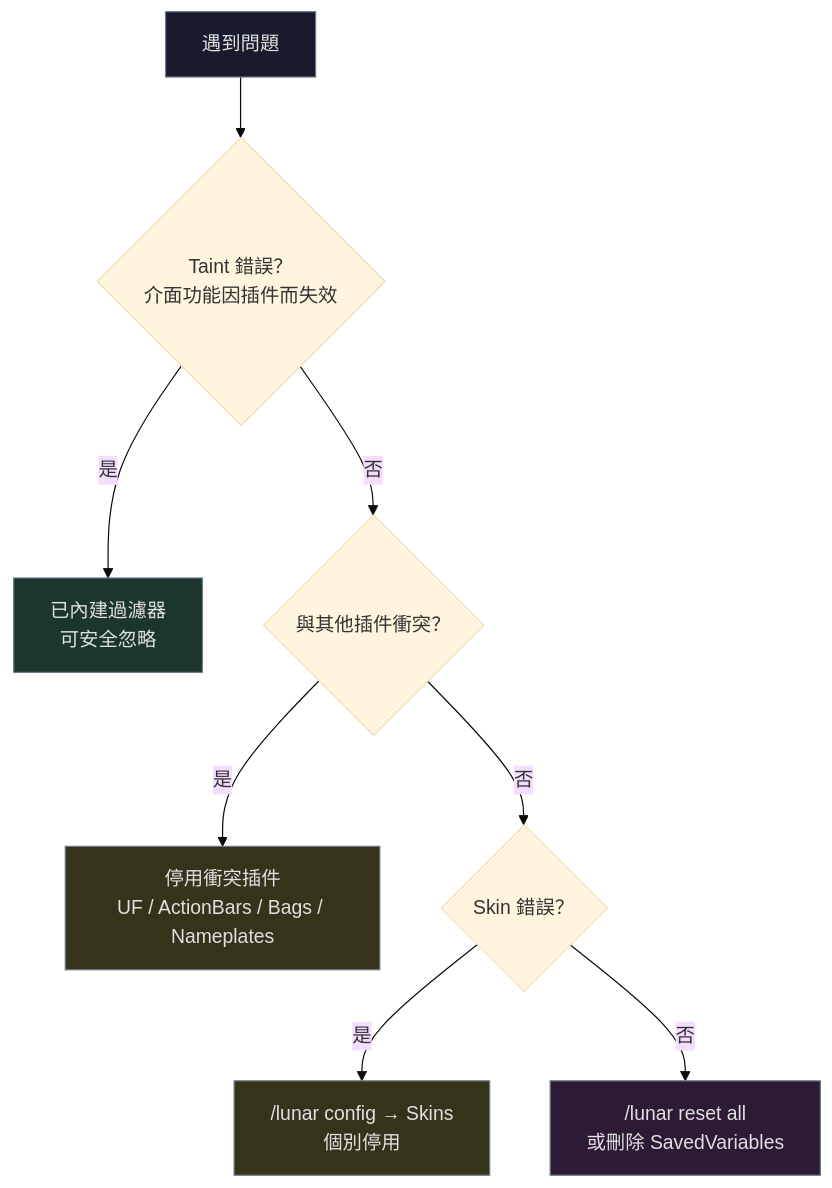
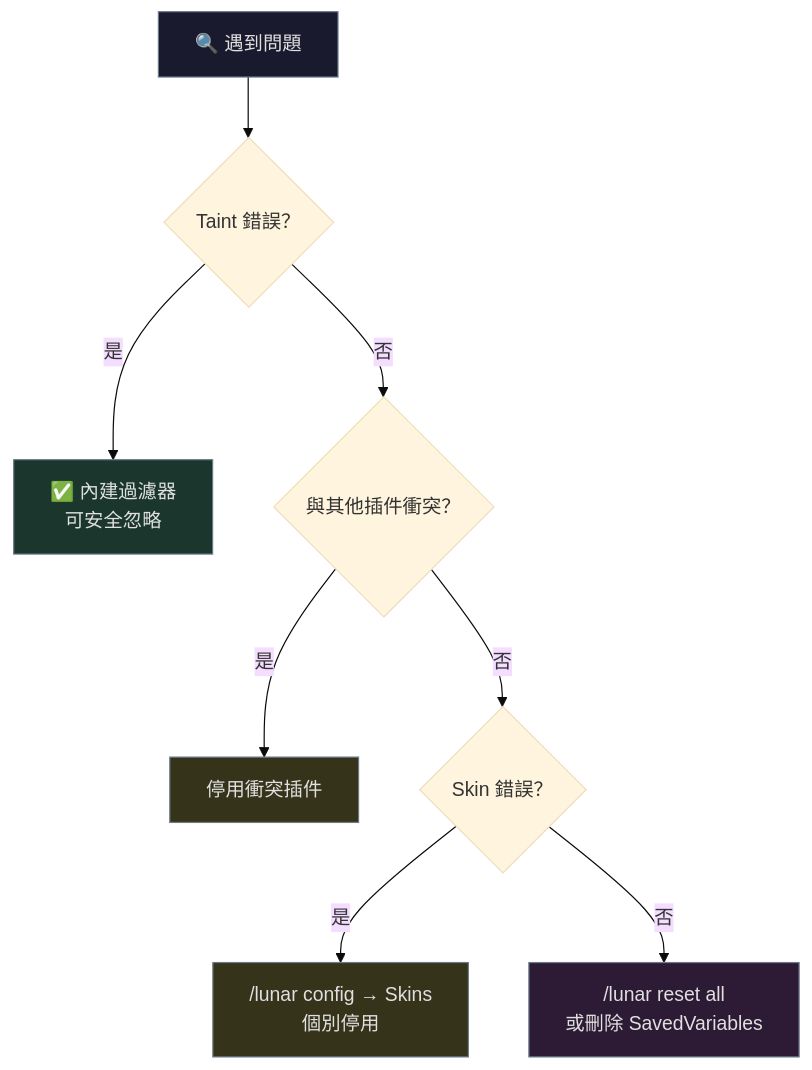
The fourth of 5 diagrams in README.md (Neal75418/lunar-ui), drawn with Mermaid (base theme) before and after one commit. The commit also changed other lines of this file and 9 other files, not shown here.

````diff
--- a/README.md
+++ b/README.md
@@ -260,16 +366,16 @@
 ```mermaid
 flowchart TD
-    Start["遇到問題"] --> Taint{"Taint 錯誤？<br/>介面功能因插件而失效"}
-    Taint -->|是| Safe["已內建過濾器<br/>可安全忽略"]
+    Start["🔍 遇到問題"] --> Taint{"Taint 錯誤？"}
+    Taint -->|是| Safe["✅ 內建過濾器<br/>可安全忽略"]
     Taint -->|否| Conflict{"與其他插件衝突？"}
-    Conflict -->|是| Disable["停用衝突插件<br/>UF / ActionBars / Bags / Nameplates"]
+    Conflict -->|是| Disable["停用衝突插件"]
     Conflict -->|否| SkinErr{"Skin 錯誤？"}
     SkinErr -->|是| DisableSkin["/lunar config → Skins<br/>個別停用"]
     SkinErr -->|否| Reset["/lunar reset all<br/>或刪除 SavedVariables"]
 
     style Start fill:#1a1a2e,stroke:#6c7a89,color:#e0e0e0
     style Safe fill:#1b362d,stroke:#6c7a89,color:#e0e0e0
     style Disable fill:#36331b,stroke:#6c7a89,color:#e0e0e0
     style DisableSkin fill:#36331b,stroke:#6c7a89,color:#e0e0e0
     style Reset fill:#2d1b36,stroke:#6c7a89,color:#e0e0e0
 ```
````
